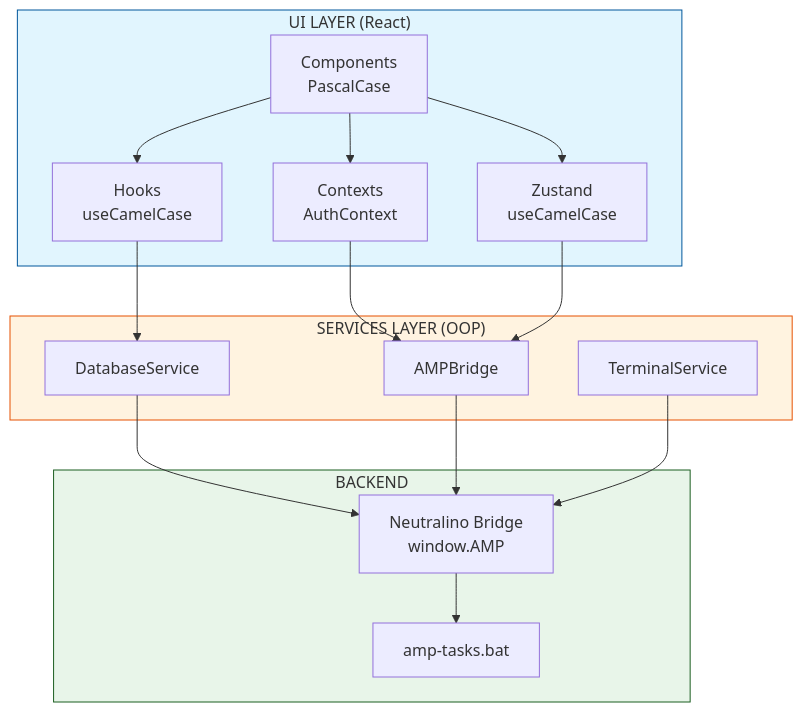
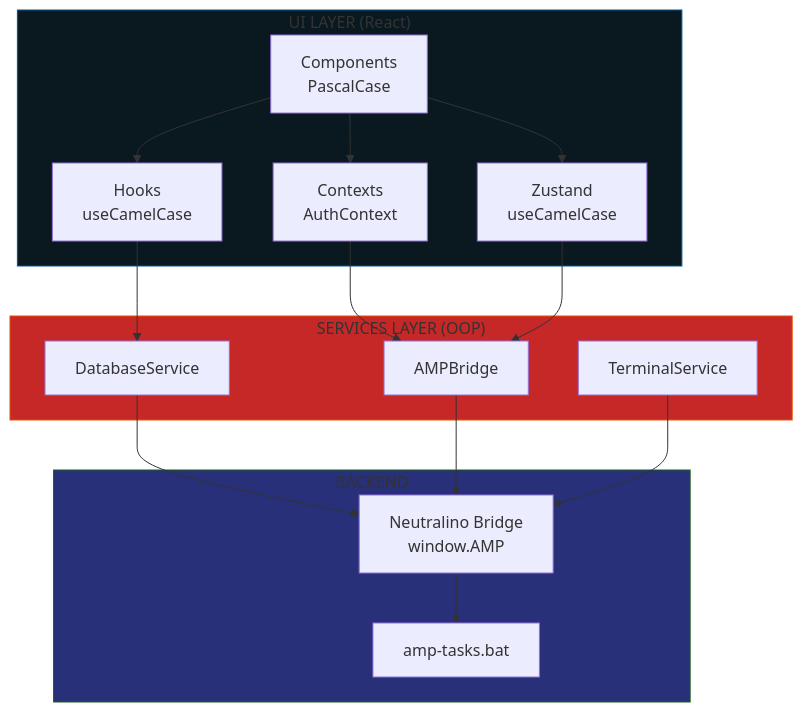
Before and after one commit to Amp-Manager/docs: the first of 2 diagrams in contributing.md, drawn with Mermaid. The commit also changed other lines of this file and 1 other file, not shown here.

````diff
--- a/contributing.md
+++ b/contributing.md
@@ -106,35 +106,35 @@
 ```mermaid
 flowchart TB
     subgraph UI["UI LAYER (React)"]
         C[Components<br/>PascalCase]
         H[Hooks<br/>useCamelCase]
         CT[Contexts<br/>AuthContext]
         Z[Zustand<br/>useCamelCase]
     end
 
     subgraph Services["SERVICES LAYER (OOP)"]
         S1[DatabaseService]
         S2[AMPBridge]
         S3[TerminalService]
     end
 
     subgraph Backend["BACKEND"]
         NB[Neutralino Bridge<br/>window.AMP]
         BT[amp-tasks.bat]
     end
 
     C --> H
     C --> CT
     C --> Z
     H --> S1
     CT --> S2
     Z --> S2
     S1 --> NB
     S2 --> NB
     S3 --> NB
     NB --> BT
 
-    style UI fill:#e1f5fe,stroke:#01579b
-    style Services fill:#fff3e0,stroke:#e65100
-    style Backend fill:#e8f5e9,stroke:#1b5e20
+    style UI fill:#0a1920,stroke:#01579b
+    style Services fill:#c62828,stroke:#e65100
+    style Backend fill:#273078,stroke:#1b5e20
 ```
````
